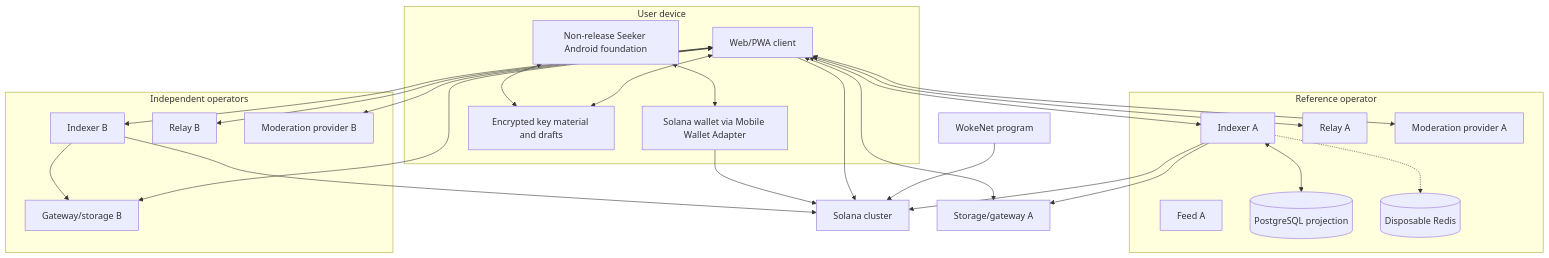
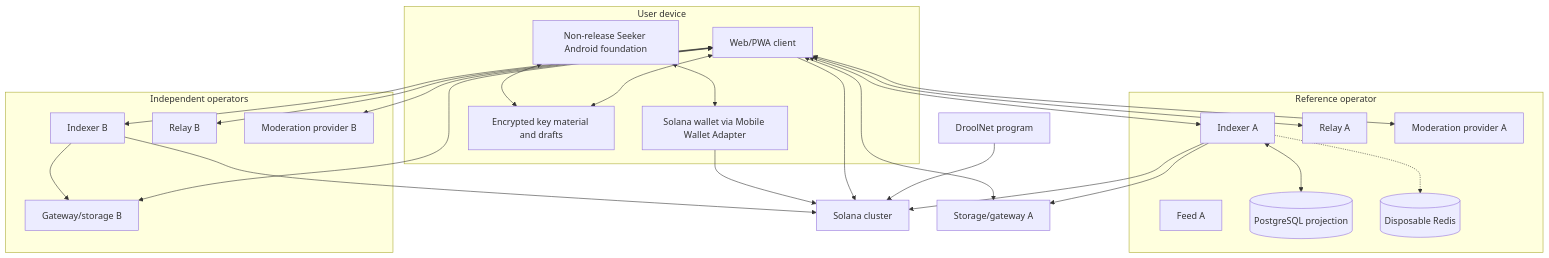
The sixth of 6 diagrams in docs/ARCHITECTURE.md (droolson/wetdrool), drawn with Mermaid before and after one commit. The commit also changed other lines of this file and 588 other files, not shown here.

````diff
--- a/docs/ARCHITECTURE.md
+++ b/docs/ARCHITECTURE.md
@@ -575,50 +575,50 @@
 ```mermaid
 flowchart TB
     subgraph UserDevice["User device"]
         Web["Web/PWA client"]
         Seeker["Non-release Seeker Android foundation"]
         Wallet["Solana wallet via Mobile Wallet Adapter"]
         LocalKeys["Encrypted key material and drafts"]
     end
 
     subgraph OperatorA["Reference operator"]
         IndexerA["Indexer A"]
         RelayA["Relay A"]
         FeedA["Feed A"]
         ModerationA["Moderation provider A"]
         PgA[("PostgreSQL projection")]
         RedisA[("Disposable Redis")]
     end
 
     subgraph Independent["Independent operators"]
         IndexerB["Indexer B"]
         RelayB["Relay B"]
         GatewayB["Gateway/storage B"]
         ModerationB["Moderation provider B"]
     end
 
     Solana["Solana cluster"]
-    WokeNet["WokeNet program"]
+    DroolNet["DroolNet program"]
     StorageA["Storage/gateway A"]
 
     Web <--> LocalKeys
     Seeker <--> LocalKeys
     Seeker <--> Wallet
     Web <--> IndexerA
     Web <--> IndexerB
     Web <--> RelayA
     Web <--> RelayB
     Web <--> ModerationA
     Web <--> ModerationB
     Web <--> StorageA
     Web <--> GatewayB
     IndexerA <--> PgA
     IndexerA -.-> RedisA
-    WokeNet --> Solana
+    DroolNet --> Solana
     Web --> Solana
     Wallet --> Solana
     IndexerA --> Solana
     IndexerB --> Solana
     IndexerA --> StorageA
     IndexerB --> GatewayB
 ```
````
